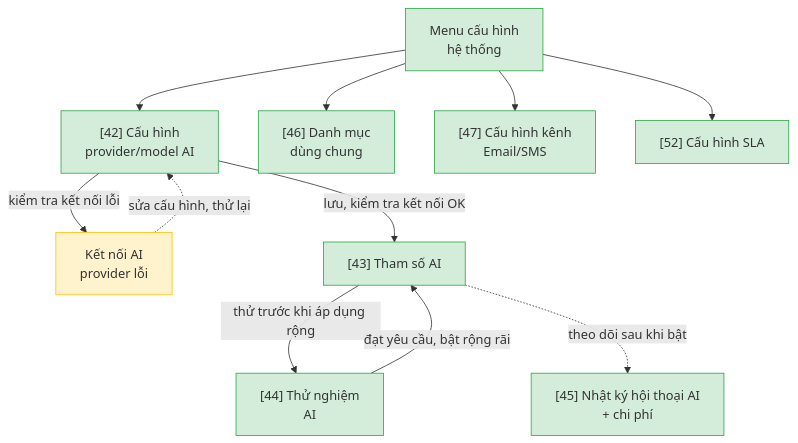
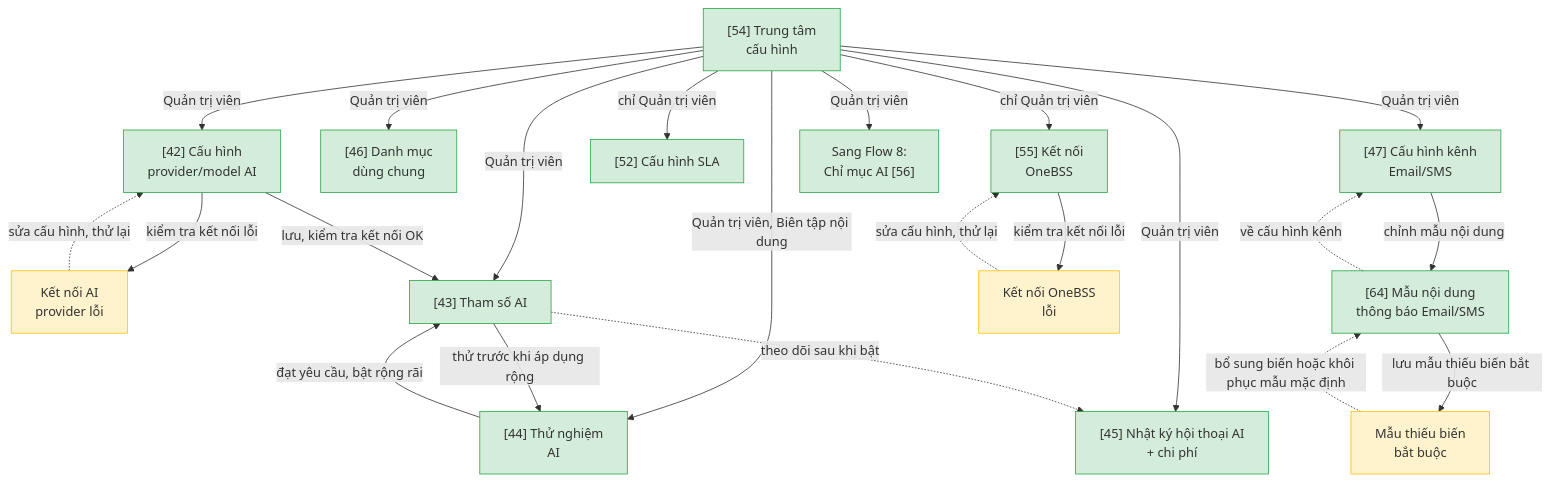
One commit to mynguyencnttpx-alt/workspace-vnpt-ioffice changed the ninth of 11 diagrams in docs/ho-tro-cskh/srs/ho-tro-cskh-userflow.md. Above: the diagram before and after it, drawn with Mermaid. The commit also changed other lines of this file and 10 other files, not shown here.

````diff
--- a/docs/ho-tro-cskh/srs/ho-tro-cskh-userflow.md
+++ b/docs/ho-tro-cskh/srs/ho-tro-cskh-userflow.md
@@ -268,29 +329,47 @@
 ```mermaid
 flowchart TD
-    f9hub["Menu cấu hình<br/>hệ thống"]
+    f9hub["[54] Trung tâm<br/>cấu hình"]
     f9n1["[42] Cấu hình<br/>provider/model AI"]
     f9edge1["Kết nối AI<br/>provider lỗi"]
     f9n2["[43] Tham số AI"]
     f9n3["[44] Thử nghiệm<br/>AI"]
     f9n4["[45] Nhật ký hội thoại AI<br/>+ chi phí"]
     f9n5["[46] Danh mục<br/>dùng chung"]
     f9n6["[47] Cấu hình kênh<br/>Email/SMS"]
     f9n8["[52] Cấu hình SLA"]
+    f9n9["[55] Kết nối<br/>OneBSS"]
+    f9n10["[64] Mẫu nội dung<br/>thông báo Email/SMS"]
+    f9edge2["Kết nối OneBSS<br/>lỗi"]
+    f9edge3["Mẫu thiếu biến<br/>bắt buộc"]
+    f9kb["Sang Flow 8:<br/>Chỉ mục AI [56]"]
 
-    f9hub --> f9n1
-    f9hub --> f9n5
-    f9hub --> f9n6
-    f9hub --> f9n8
+    f9hub -->|"Quản trị viên"| f9n1
+    f9hub -->|"Quản trị viên"| f9n2
+    f9hub -->|"Quản trị viên, Biên tập nội dung"| f9n3
+    f9hub -->|"Quản trị viên"| f9n4
+    f9hub -->|"Quản trị viên"| f9n5
+    f9hub -->|"Quản trị viên"| f9n6
+    f9hub -->|"chỉ Quản trị viên"| f9n8
+    f9hub -->|"chỉ Quản trị viên"| f9n9
+    f9hub -->|"Quản trị viên"| f9kb
     f9n1 -->|"lưu, kiểm tra kết nối OK"| f9n2
     f9n1 -->|"kiểm tra kết nối lỗi"| f9edge1
     f9edge1 -.->|"sửa cấu hình, thử lại"| f9n1
     f9n2 -->|"thử trước khi áp dụng rộng"| f9n3
     f9n3 -->|"đạt yêu cầu, bật rộng rãi"| f9n2
     f9n2 -.->|"theo dõi sau khi bật"| f9n4
+    f9n9 -->|"kiểm tra kết nối lỗi"| f9edge2
+    f9edge2 -.->|"sửa cấu hình, thử lại"| f9n9
+    f9n6 -->|"chỉnh mẫu nội dung"| f9n10
+    f9n10 -.->|"về cấu hình kênh"| f9n6
+    f9n10 -->|"lưu mẫu thiếu biến bắt buộc"| f9edge3
+    f9edge3 -.->|"bổ sung biến hoặc khôi phục mẫu mặc định"| f9n10
 
     classDef happy fill:#d4edda,stroke:#28a745
+    classDef error fill:#f8d7da,stroke:#dc3545
     classDef edge fill:#fff3cd,stroke:#ffc107
 
-    class f9hub,f9n1,f9n2,f9n3,f9n4,f9n5,f9n6,f9n8 happy
-    class f9edge1 edge
+    class f9hub,f9n1,f9n2,f9n3,f9n4,f9n5,f9n6,f9n8,f9n9,f9n10 happy
+    class f9edge1,f9edge2,f9edge3 edge
+    class f9kb happy
 ```
````
